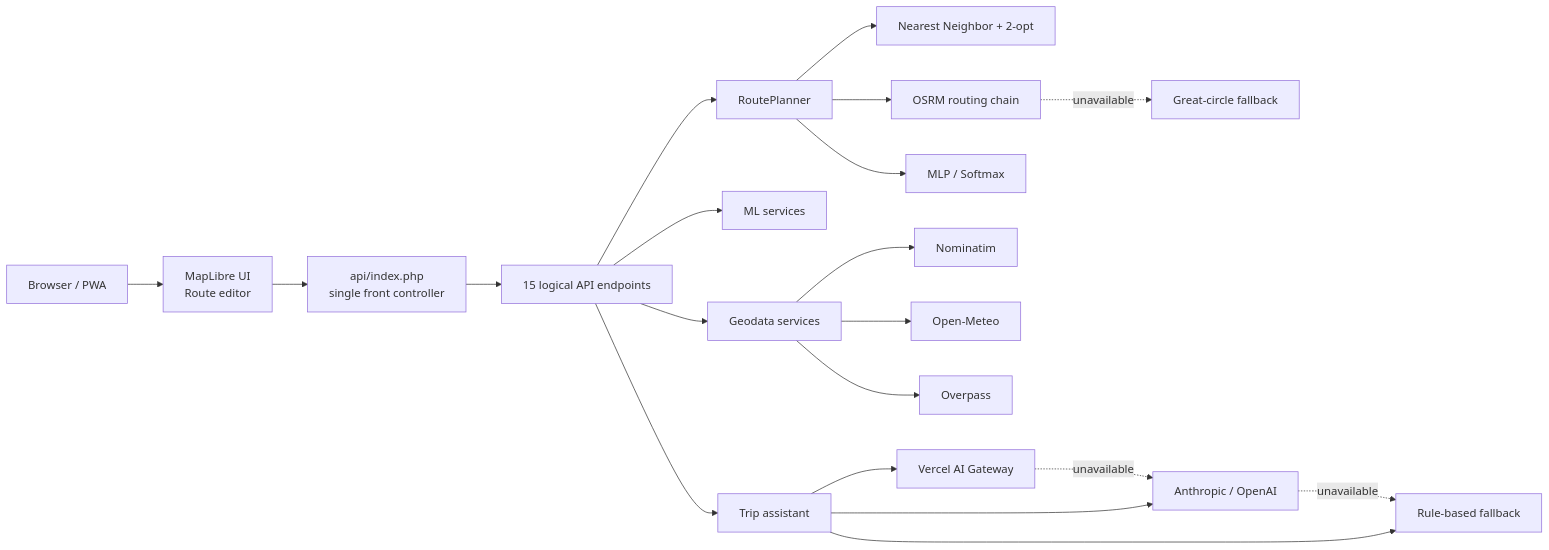
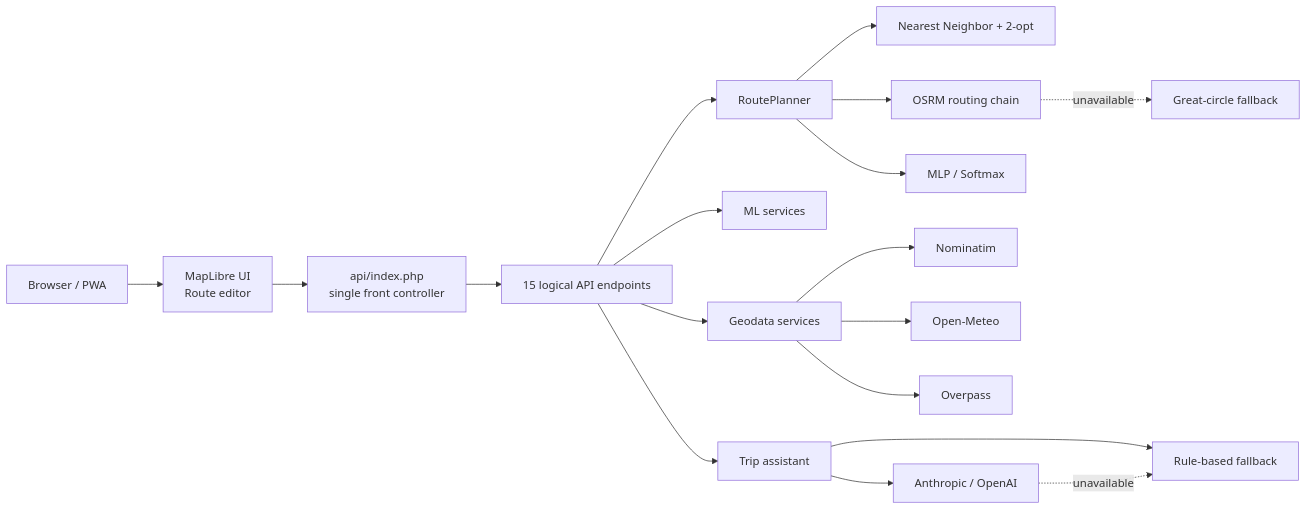
One commit to ViolettaNcl/smart-route-planner changed the diagram in README.md. Above: the diagram before and after it, drawn with Mermaid. The commit also changed other lines of this file and 46 other files, not shown here.

````diff
--- a/README.md
+++ b/README.md
@@ -49,22 +55,20 @@
 ```mermaid
 flowchart LR
     U[Browser / PWA] --> UI[MapLibre UI<br/>Route editor]
     UI --> FC[api/index.php<br/>single front controller]
     FC --> EP[15 logical API endpoints]
     EP --> RP[RoutePlanner]
     EP --> ML[ML services]
     EP --> GEO[Geodata services]
     EP --> AI[Trip assistant]
     RP --> OPT[Nearest Neighbor + 2-opt]
     RP --> OSRM[OSRM routing chain]
     RP --> PRED[MLP / Softmax]
     GEO --> NOM[Nominatim]
     GEO --> MET[Open-Meteo]
     GEO --> OVP[Overpass]
-    AI --> GW[Vercel AI Gateway]
     AI --> DIRECT[Anthropic / OpenAI]
     AI --> RULES[Rule-based fallback]
     OSRM -. unavailable .-> FALL[Great-circle fallback]
-    GW -. unavailable .-> DIRECT
     DIRECT -. unavailable .-> RULES
 ```
````
